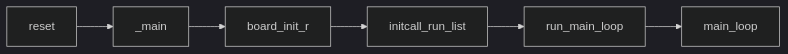
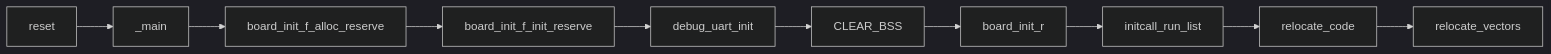
The first of 3 diagrams in uboot/index.md (mengdemao/mengdemao.github.io), drawn with Mermaid (dark theme) before and after one commit. The commit also changed other lines of this file and 6 other files, not shown here.

````diff
--- a/uboot/index.md
+++ b/uboot/index.md
@@ -646,8 +646,12 @@
 ```mermaid
 graph LR
 reset --> _main
-_main --> board_init_r
+_main --> board_init_f_alloc_reserve
+board_init_f_alloc_reserve --> board_init_f_init_reserve 
+board_init_f_init_reserve --> debug_uart_init
+debug_uart_init --> CLEAR_BSS 
+CLEAR_BSS --> board_init_r
 board_init_r --> initcall_run_list
-initcall_run_list --> run_main_loop
-run_main_loop --> main_loop
+initcall_run_list --> relocate_code
+relocate_code --> relocate_vectors
 ```
````
